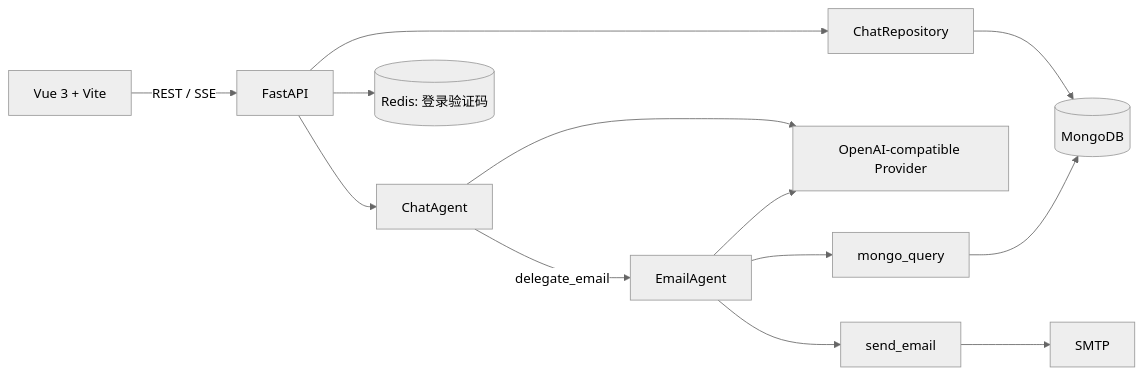
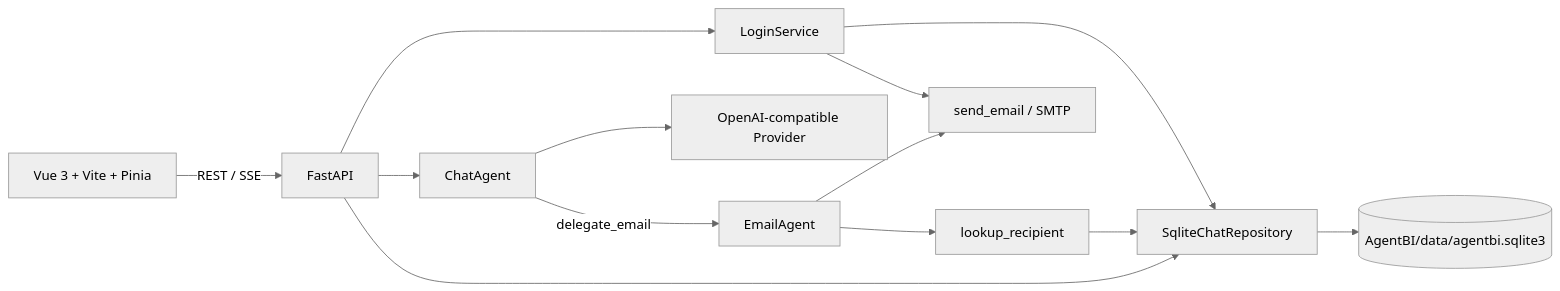
The diagram in docs/AgentBI_开发总览.md (39Mikku/AgentBI), drawn with Mermaid (neutral theme) before and after one commit. The commit also changed other lines of this file and 30 other files, not shown here.

````diff
--- a/docs/AgentBI_开发总览.md
+++ b/docs/AgentBI_开发总览.md
@@ -14,15 +8,15 @@
 ```mermaid
 flowchart LR
-  UI[Vue 3 + Vite] -->|REST / SSE| API[FastAPI]
-  API --> Repo[ChatRepository]
-  Repo --> Mongo[(MongoDB)]
+  UI[Vue 3 + Vite + Pinia] -->|REST / SSE| API[FastAPI]
+  API --> Repo[SqliteChatRepository]
+  Repo --> DB[(AgentBI/data/agentbi.sqlite3)]
   API --> Chat[ChatAgent]
-  Chat -->|delegate_email| Email[EmailAgent]
+  Chat -->|delegate_email| MailAgent[EmailAgent]
   Chat --> LLM[OpenAI-compatible Provider]
-  Email --> LLM
-  Email --> MongoTool[mongo_query]
-  Email --> MailTool[send_email]
-  MongoTool --> Mongo
-  MailTool --> SMTP[SMTP]
-  API --> Redis[(Redis: 登录验证码)]
+  MailAgent --> Lookup[lookup_recipient]
+  Lookup --> Repo
+  MailAgent --> SMTP[send_email / SMTP]
+  API --> Login[LoginService]
+  Login --> Repo
+  Login --> SMTP
 ```
````
